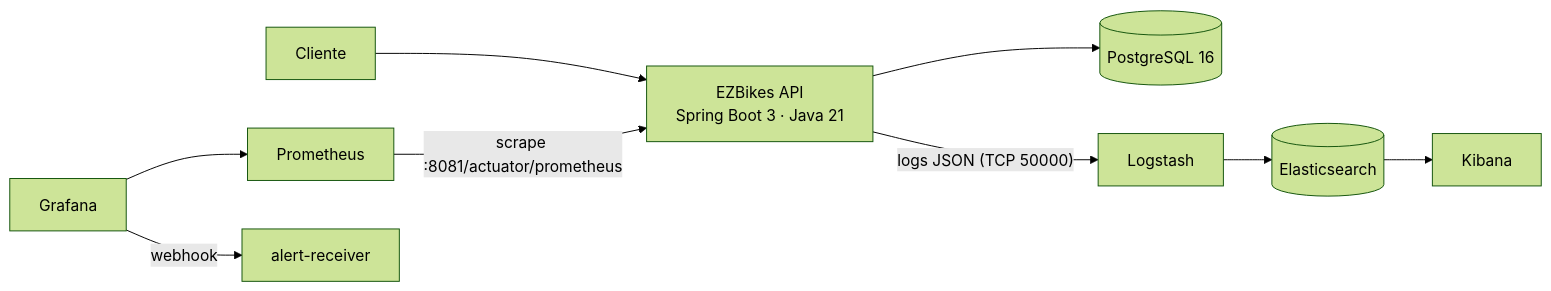
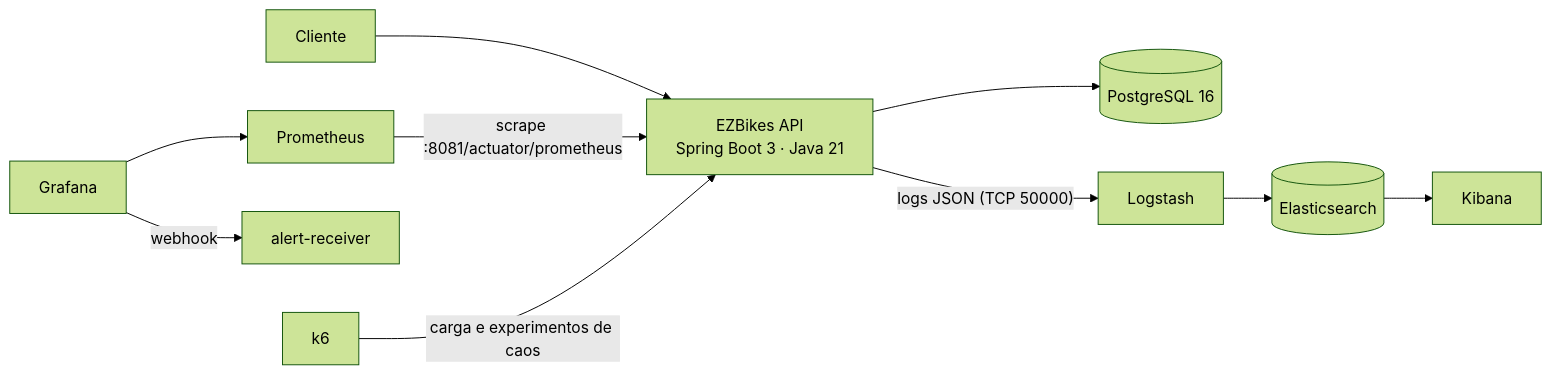
One commit to EnzoOliveiradev/Projeto-Aplicado1-EZBIKES changed the diagram in README.md. Above: the diagram before and after it, drawn with Mermaid (forest theme). The commit also changed other lines of this file and 3 other files, not shown here.

````diff
--- a/README.md
+++ b/README.md
@@ -39,11 +39,12 @@
 ```mermaid
 flowchart LR
     U[Cliente] --> API[EZBikes API<br/>Spring Boot 3 · Java 21]
     API --> DB[(PostgreSQL 16)]
     API -- "logs JSON (TCP 50000)" --> LS[Logstash]
     LS --> ES[(Elasticsearch)]
     ES --> KB[Kibana]
     PR[Prometheus] -- "scrape :8081/actuator/prometheus" --> API
     GF[Grafana] --> PR
     GF -- "webhook" --> AR[alert-receiver]
+    K6[k6] -- "carga e experimentos de caos" --> API
 ```
````
